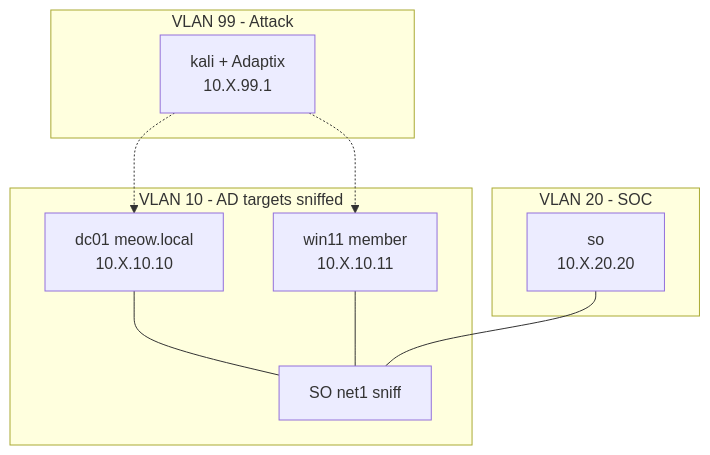
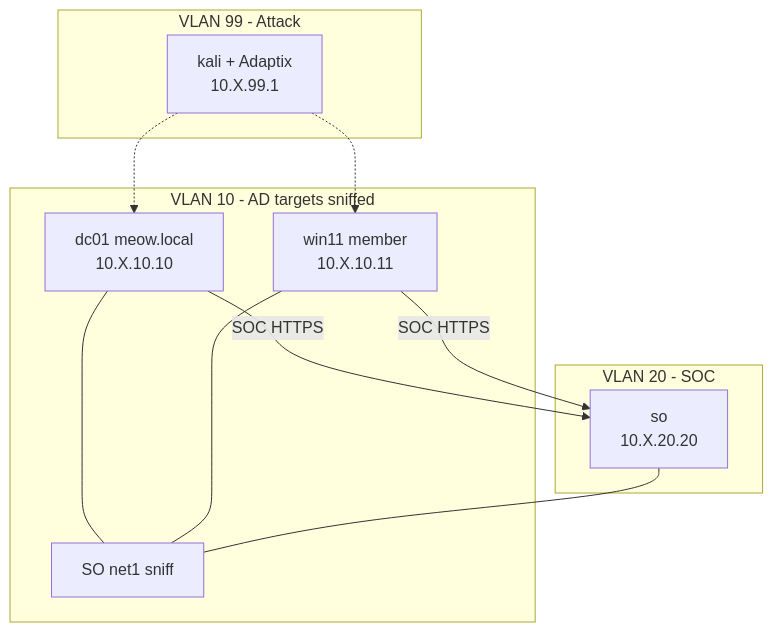
The diagram in blueprints/securityonion-lab/README.md (ryokubaka/ludus-source-meow), drawn with Mermaid before and after one commit. The commit also changed other lines of this file and 11 other files, not shown here.

````diff
--- a/blueprints/securityonion-lab/README.md
+++ b/blueprints/securityonion-lab/README.md
@@ -17,19 +17,21 @@
 ```mermaid
 graph TB
     subgraph VLAN10["VLAN 10 - AD targets sniffed"]
         DC["dc01 meow.local<br/>10.X.10.10"]
         WIN11["win11 member<br/>10.X.10.11"]
         SNIFF["SO net1 sniff"]
     end
     subgraph VLAN20["VLAN 20 - SOC"]
         SO["so<br/>10.X.20.20"]
     end
     subgraph VLAN99["VLAN 99 - Attack"]
         KALI["kali + Adaptix<br/>10.X.99.1"]
     end
     KALI -.-> DC
     KALI -.-> WIN11
+    DC -->|SOC HTTPS| SO
+    WIN11 -->|SOC HTTPS| SO
     DC --- SNIFF
     WIN11 --- SNIFF
     SO --- SNIFF
 ```
````
